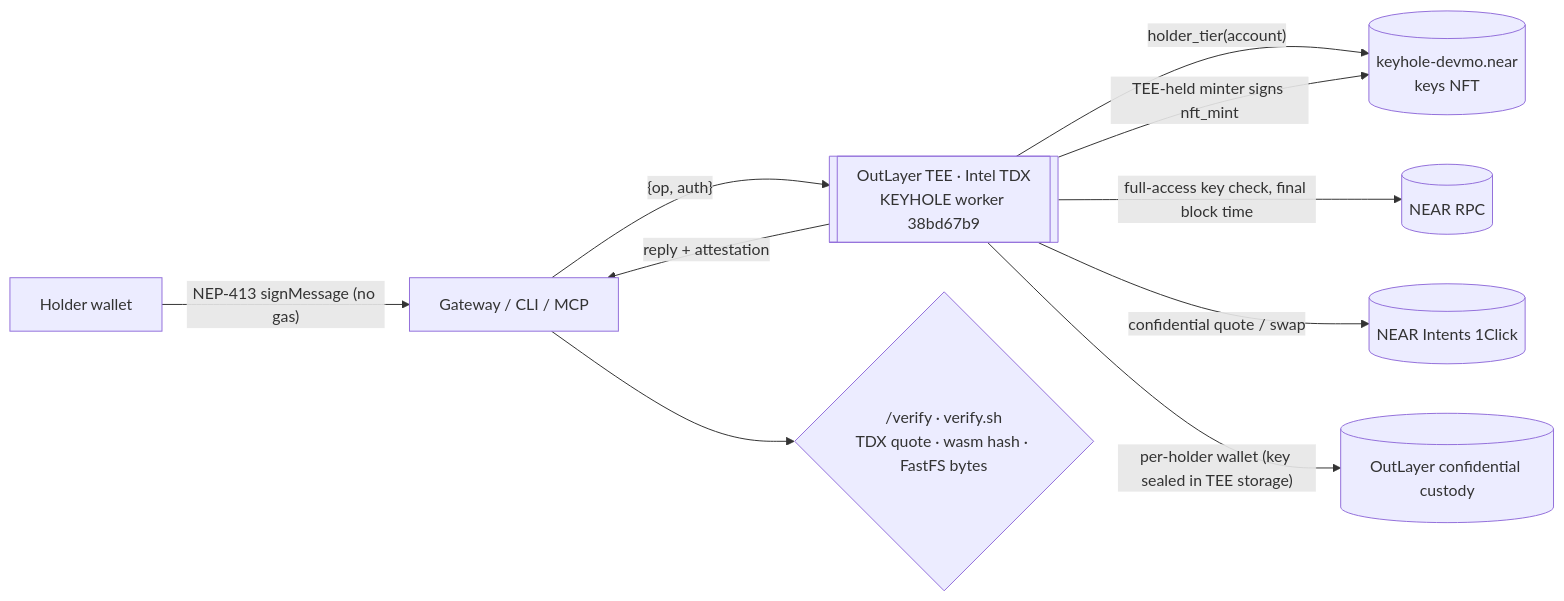
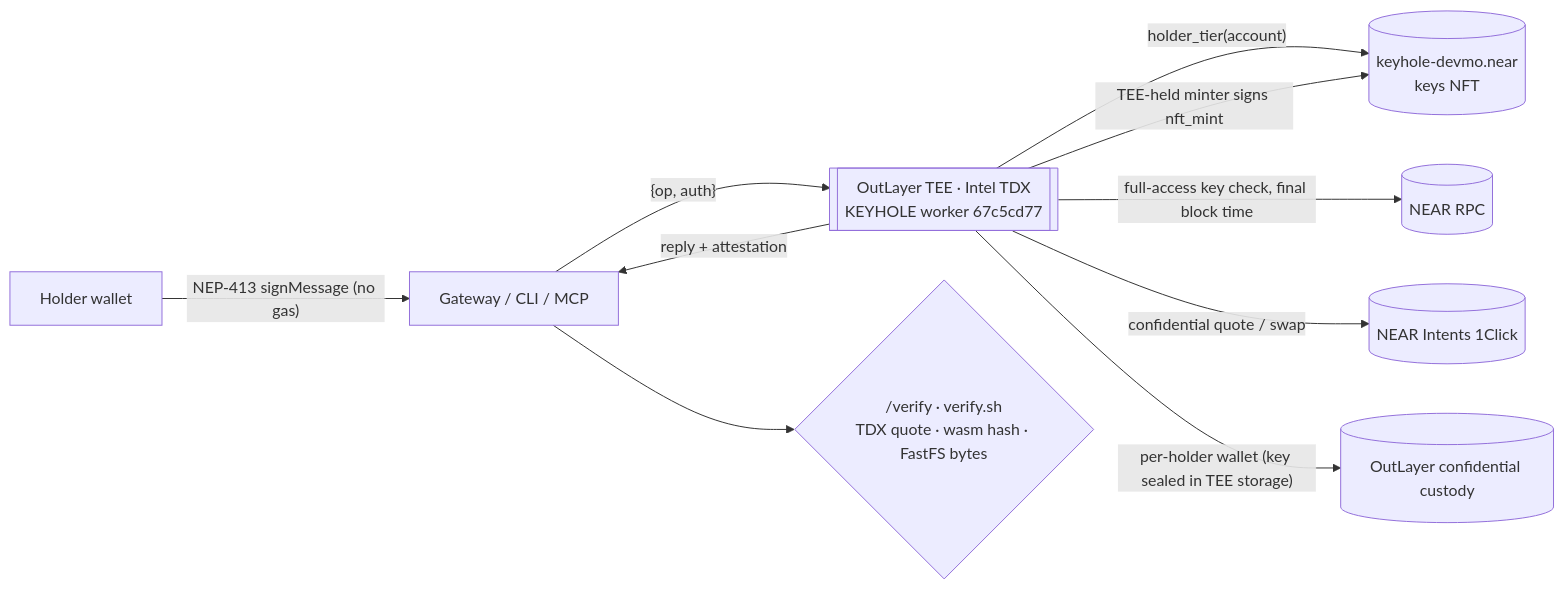
The first of 2 diagrams in README.md (mohamedwael201193/keyhole), drawn with Mermaid before and after one commit. The commit also changed other lines of this file and 10 other files, not shown here.

````diff
--- a/README.md
+++ b/README.md
@@ -187,12 +187,12 @@
 ```mermaid
 flowchart LR
   H[Holder wallet] -- "NEP-413 signMessage (no gas)" --> G[Gateway / CLI / MCP]
-  G -- "{op, auth}" --> T[[OutLayer TEE · Intel TDX<br/>KEYHOLE worker 38bd67b9]]
+  G -- "{op, auth}" --> T[[OutLayer TEE · Intel TDX<br/>KEYHOLE worker 67c5cd77]]
   T -- "holder_tier(account)" --> C[(keyhole-devmo.near<br/>keys NFT)]
   T -- "full-access key check, final block time" --> N[(NEAR RPC)]
   T -- "confidential quote / swap" --> I[(NEAR Intents 1Click)]
   T -- "per-holder wallet (key sealed in TEE storage)" --> W[(OutLayer confidential custody)]
   T -- "TEE-held minter signs nft_mint" --> C
   T -- "reply + attestation" --> G
   G --> V{"/verify · verify.sh<br/>TDX quote · wasm hash · FastFS bytes"}
 ```
````
